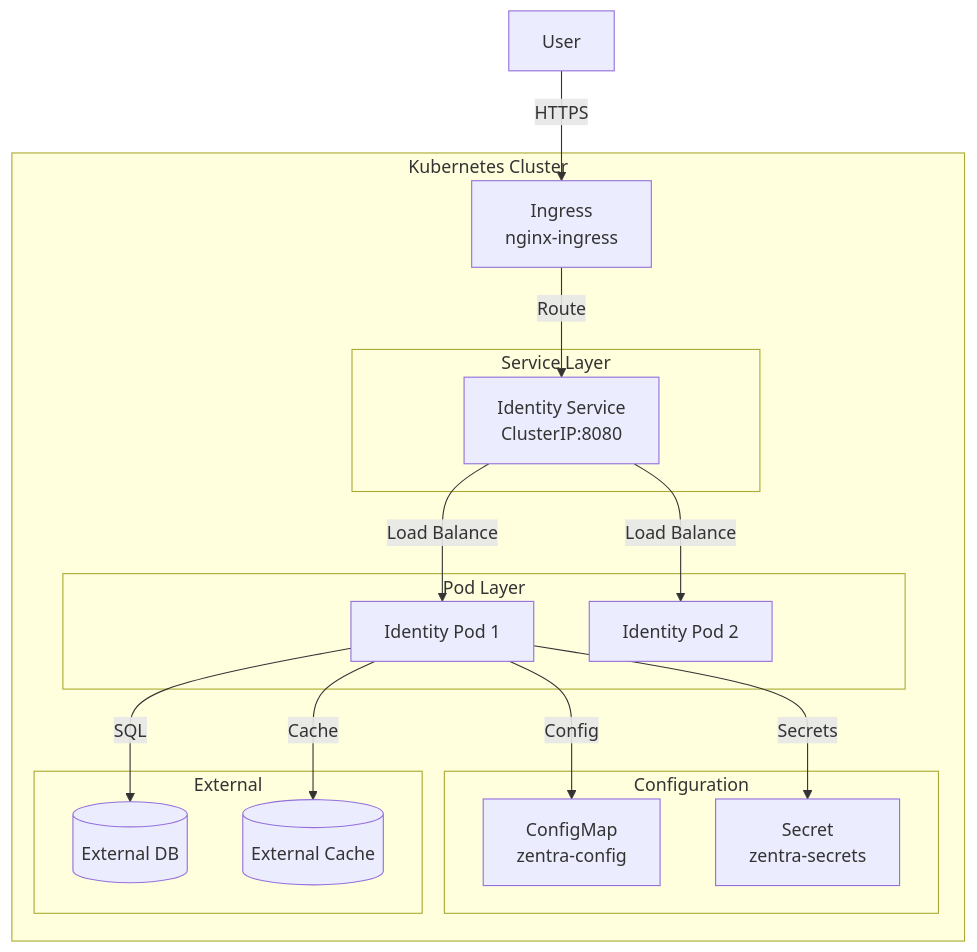
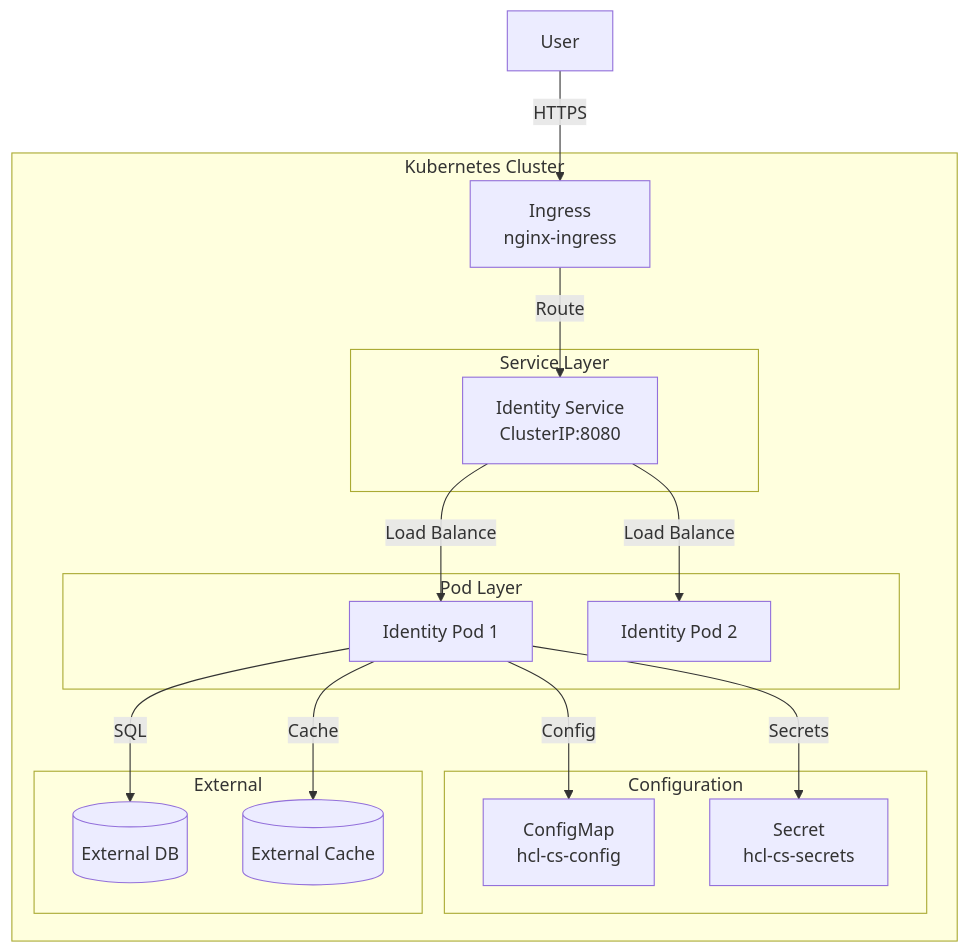
Before and after one commit to feroz-hub/SF: the second of 4 diagrams in docs/07-DEPLOYMENT.md, drawn with Mermaid. The commit also changed other lines of this file and 2233 other files, not shown here.

````diff
--- a/docs/07-DEPLOYMENT.md
+++ b/docs/07-DEPLOYMENT.md
@@ -241,35 +241,35 @@
 ```mermaid
 flowchart TB
     subgraph "Kubernetes Cluster"
         INGRESS[Ingress<br/>nginx-ingress]
         
         subgraph "Service Layer"
             SVC_ID[Identity Service<br/>ClusterIP:8080]
         end
         
         subgraph "Pod Layer"
             ID_POD1[Identity Pod 1]
             ID_POD2[Identity Pod 2]
         end
         
         subgraph "Configuration"
-            CM[ConfigMap<br/>zentra-config]
-            SECRET[Secret<br/>zentra-secrets]
+            CM[ConfigMap<br/>hcl-cs-config]
+            SECRET[Secret<br/>hcl-cs-secrets]
         end
         
         subgraph "External"
             EXT_DB[(External DB)]
             EXT_CACHE[(External Cache)]
         end
     end
     
     USER[User] -->|HTTPS| INGRESS
     INGRESS -->|Route| SVC_ID
     SVC_ID -->|Load Balance| ID_POD1
     SVC_ID -->|Load Balance| ID_POD2
     
     ID_POD1 -->|Config| CM
     ID_POD1 -->|Secrets| SECRET
     ID_POD1 -->|SQL| EXT_DB
     ID_POD1 -->|Cache| EXT_CACHE
 ```
````
